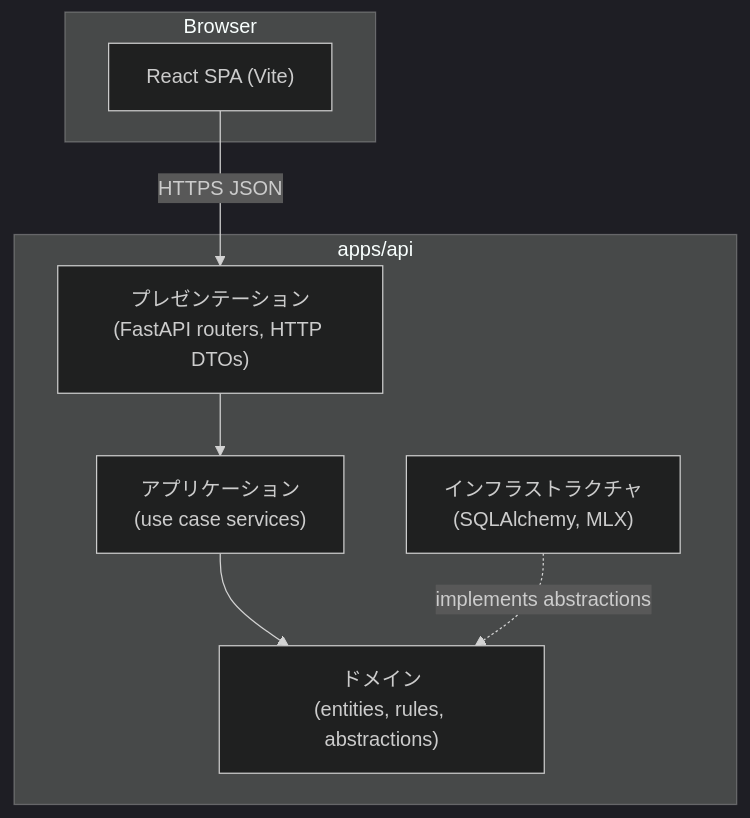
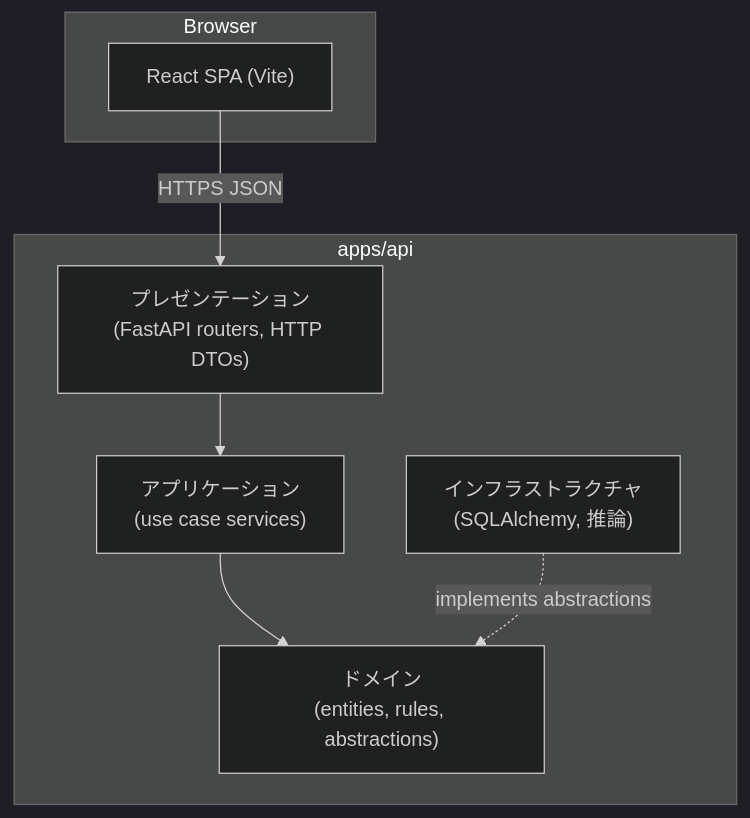
Before and after one commit to ttakahashi-umn/context-matching: the first of 4 diagrams in .kiro/specs/talent-interview-profile-poc/design.md, drawn with Mermaid (dark theme). The commit also changed other lines of this file and 4 other files, not shown here.

````diff
--- a/.kiro/specs/talent-interview-profile-poc/design.md
+++ b/.kiro/specs/talent-interview-profile-poc/design.md
@@ -75,16 +75,16 @@
 ```mermaid
 flowchart TB
   subgraph client["Browser"]
     WEB["React SPA (Vite)"]
   end
   subgraph api["apps/api"]
     PRE["プレゼンテーション\n(FastAPI routers, HTTP DTOs)"]
     APP["アプリケーション\n(use case services)"]
     DOM["ドメイン\n(entities, rules, abstractions)"]
-    INF["インフラストラクチャ\n(SQLAlchemy, MLX)"]
+    INF["インフラストラクチャ\n(SQLAlchemy, 推論)"]
   end
   WEB -->|HTTPS JSON| PRE
   PRE --> APP
   APP --> DOM
   INF -.->|implements abstractions| DOM
 ```
````
